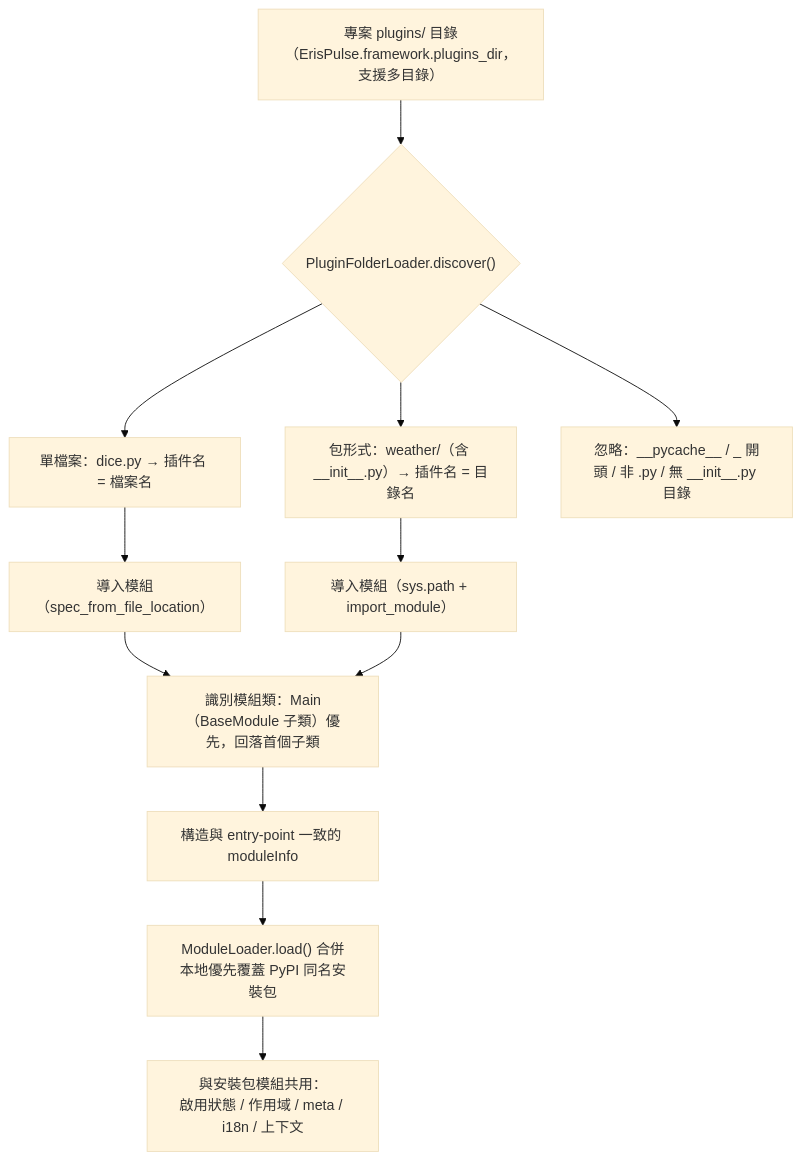
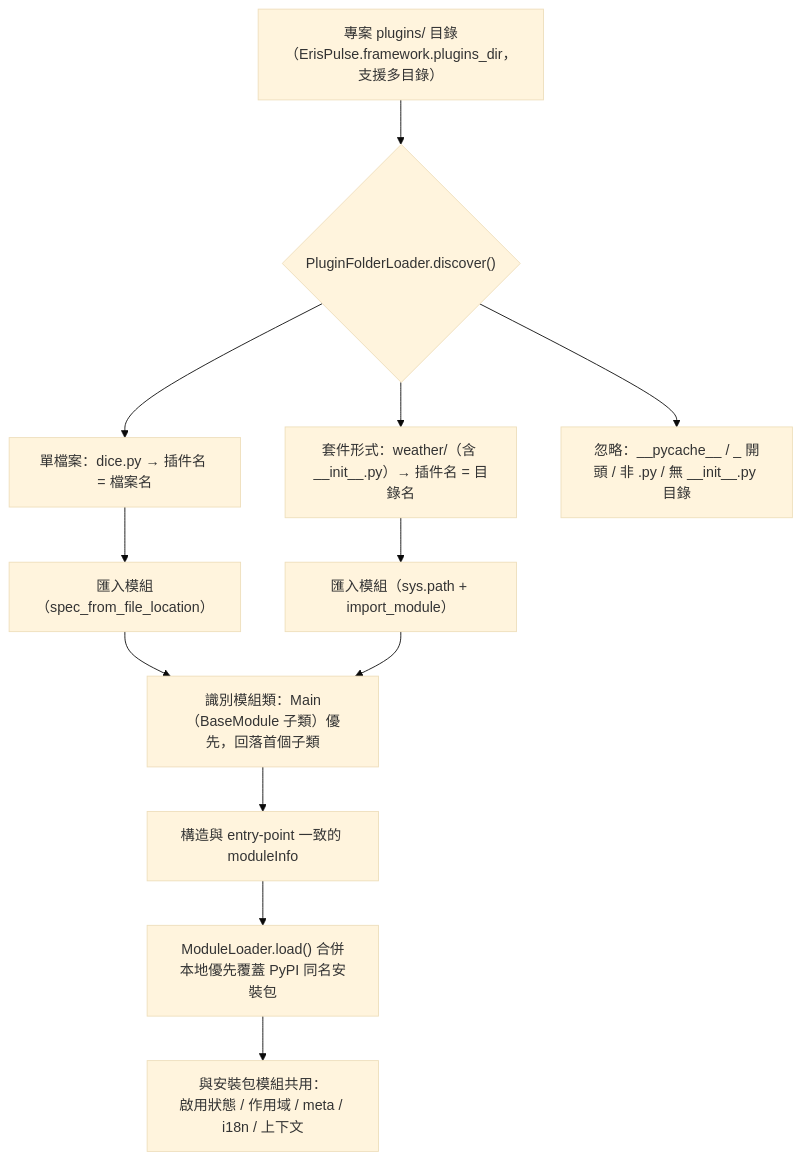
One commit to ErisPulse/ErisPulse changed the eighth of 10 diagrams in docs/zh-TW/architecture.md. Above: the diagram before and after it, drawn with Mermaid (base theme). The commit also changed other lines of this file and 83 other files, not shown here.

````diff
--- a/docs/zh-TW/architecture.md
+++ b/docs/zh-TW/architecture.md
@@ -258,14 +258,14 @@
 ```mermaid
 flowchart TD
     A["專案 plugins/ 目錄<br/>（ErisPulse.framework.plugins_dir，支援多目錄）"] --> B{"PluginFolderLoader.discover()"}
     B --> C["單檔案：dice.py → 插件名 = 檔案名"]
-    B --> D["包形式：weather/（含 __init__.py）→ 插件名 = 目錄名"]
+    B --> D["套件形式：weather/（含 __init__.py）→ 插件名 = 目錄名"]
     B --> E["忽略：__pycache__ / _ 開頭 / 非 .py / 無 __init__.py 目錄"]
-    C --> F["導入模組（spec_from_file_location）"]
-    D --> G["導入模組（sys.path + import_module）"]
+    C --> F["匯入模組（spec_from_file_location）"]
+    D --> G["匯入模組（sys.path + import_module）"]
     F --> H["識別模組類：Main（BaseModule 子類）優先，回落首個子類"]
     G --> H
     H --> I["構造與 entry-point 一致的 moduleInfo"]
     I --> J["ModuleLoader.load() 合併<br/>本地優先覆蓋 PyPI 同名安裝包"]
     J --> K["與安裝包模組共用：<br/>啟用狀態 / 作用域 / meta / i18n / 上下文"]
 ```
````
